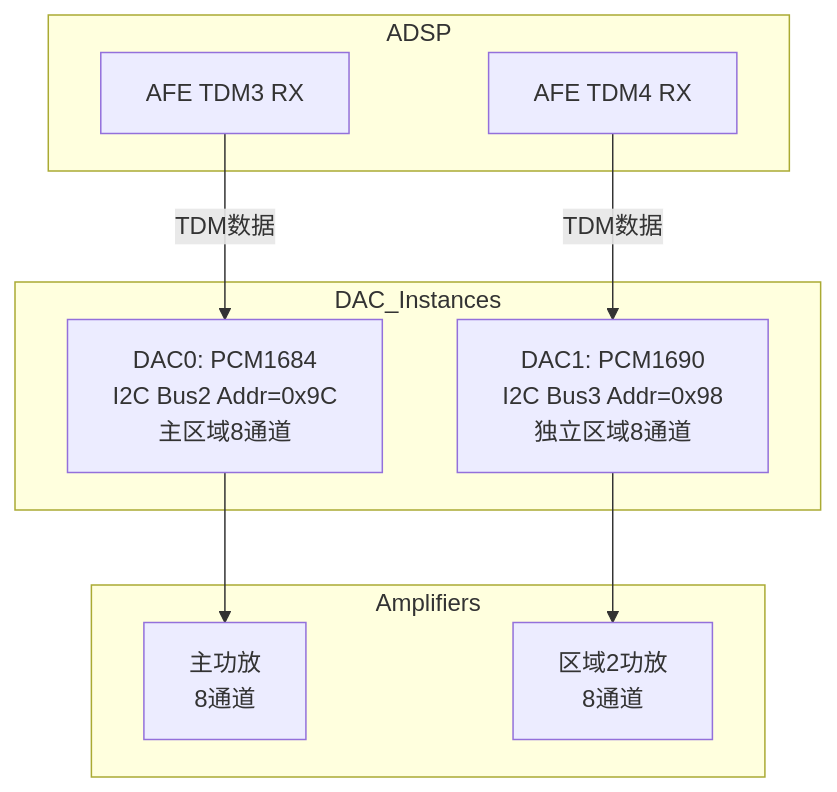
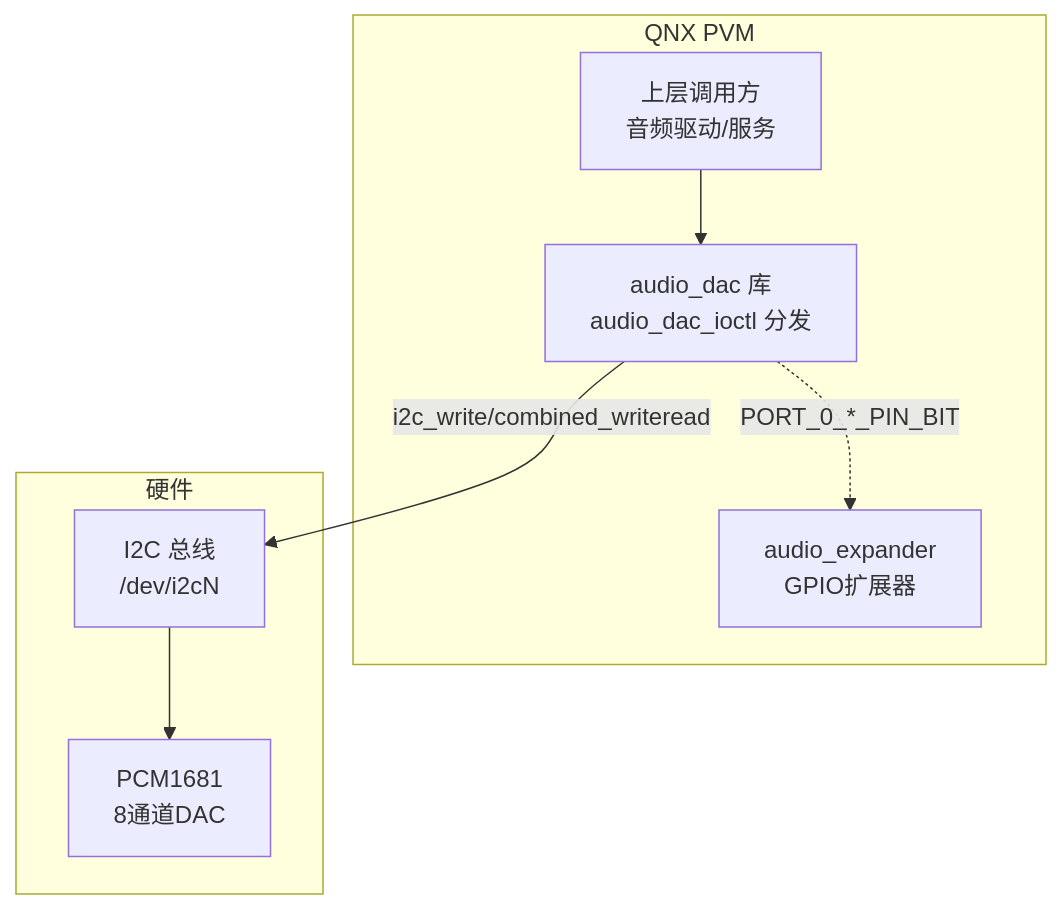
One commit to yanglinzhen1022/SA8295_AAOS_QNX_Audio_KnowledgeBase changed the first of 2 diagrams in 16_Vendor_QNX_Architecture/16_16.21_QNX_audio_dac_DAC音频驱动.md. Above: the diagram before and after it, drawn with Mermaid. The commit also changed other lines of this file and 48 other files, not shown here.

````diff
--- a/16_Vendor_QNX_Architecture/16_16.21_QNX_audio_dac_DAC音频驱动.md
+++ b/16_Vendor_QNX_Architecture/16_16.21_QNX_audio_dac_DAC音频驱动.md
@@ -518,22 +61,18 @@
 ```mermaid
 graph TB
-    subgraph ADSP
-        AFE_TDM3[AFE TDM3 RX]
-        AFE_TDM4[AFE TDM4 RX]
+    subgraph QNX[QNX PVM]
+        caller[上层调用方<br/>音频驱动/服务]
+        dac[audio_dac 库<br/>audio_dac_ioctl 分发]
+        expander[audio_expander<br/>GPIO扩展器]
     end
-    
-    subgraph DAC_Instances
-        DAC0[DAC0: PCM1684<br/>I2C Bus2 Addr=0x9C<br/>主区域8通道]
-        DAC1[DAC1: PCM1690<br/>I2C Bus3 Addr=0x98<br/>独立区域8通道]
+
+    subgraph HW[硬件]
+        i2cbus[I2C 总线<br/>/dev/i2cN]
+        pcm1681[PCM1681<br/>8通道DAC]
     end
-    
-    subgraph Amplifiers
-        AMP_Main[主功放<br/>8通道]
-        AMP_Zone2[区域2功放<br/>8通道]
-    end
-    
-    AFE_TDM3 -->|TDM数据| DAC0
-    AFE_TDM4 -->|TDM数据| DAC1
-    DAC0 --> AMP_Main
-    DAC1 --> AMP_Zone2
+
+    caller --> dac
+    dac -->|i2c_write/combined_writeread| i2cbus
+    i2cbus --> pcm1681
+    dac -.PORT_0_*_PIN_BIT.-> expander
 ```
````
